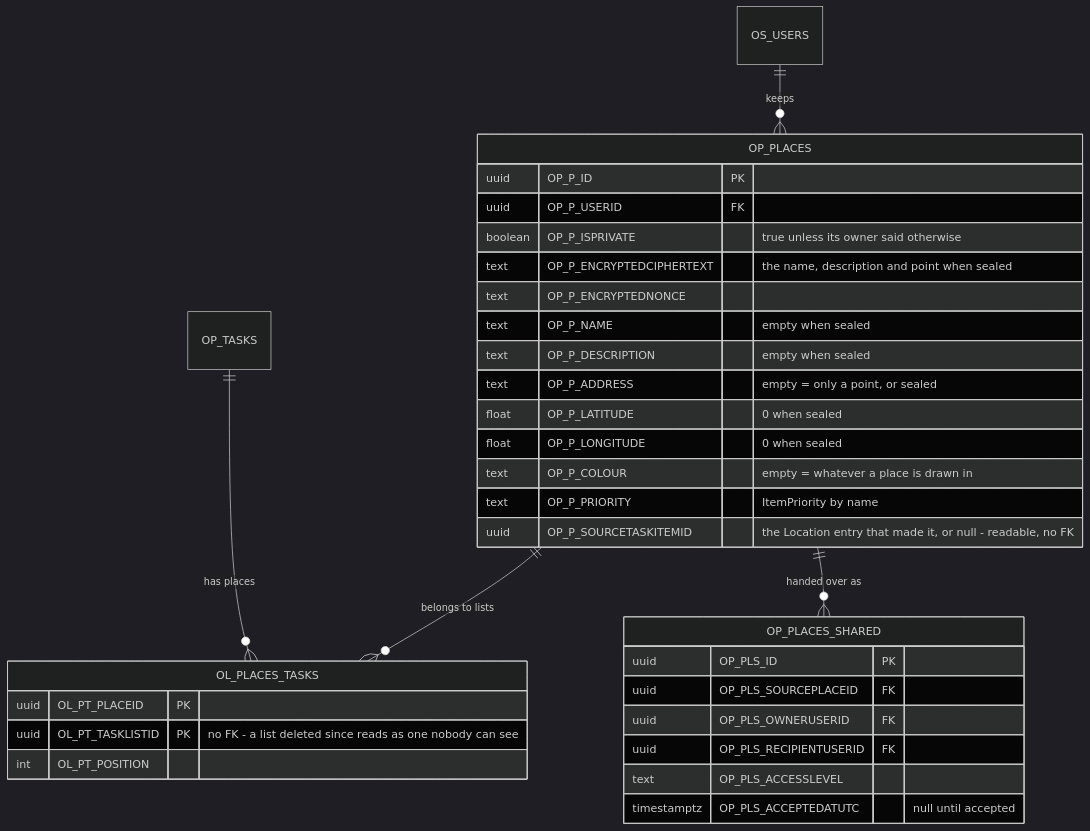
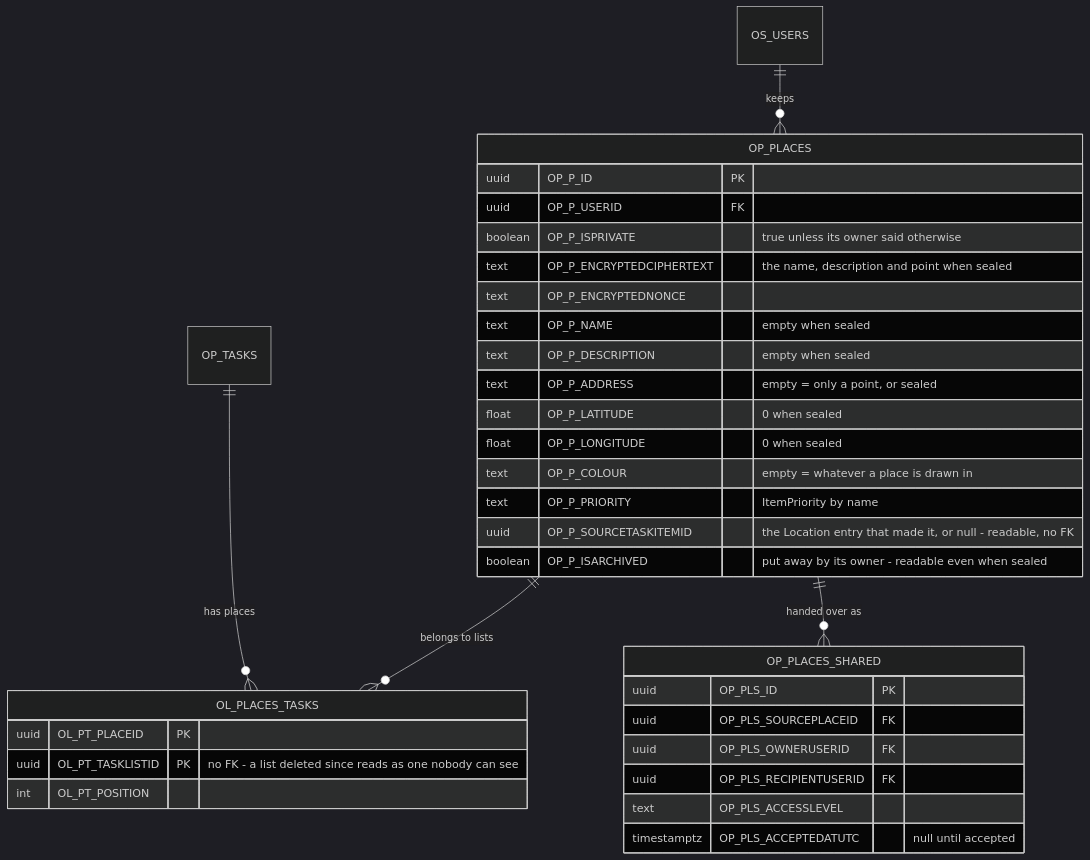
The fourth of 6 diagrams in info/uml/database.md (NorArax-NeflinOwl/orbit), drawn with Mermaid (dark theme) before and after one commit. The commit also changed other lines of this file and 15 other files, not shown here.

First line of the commit message:
A place can be put away rather than thrown away

````diff
--- a/info/uml/database.md
+++ b/info/uml/database.md
@@ -305,36 +307,37 @@
 ```mermaid
 erDiagram
     OS_USERS ||--o{ OP_PLACES : keeps
     OP_PLACES ||--o{ OL_PLACES_TASKS : "belongs to lists"
     OP_TASKS ||--o{ OL_PLACES_TASKS : "has places"
     OP_PLACES ||--o{ OP_PLACES_SHARED : "handed over as"
 
     OP_PLACES {
         uuid OP_P_ID PK
         uuid OP_P_USERID FK
         boolean OP_P_ISPRIVATE "true unless its owner said otherwise"
         text OP_P_ENCRYPTEDCIPHERTEXT "the name, description and point when sealed"
         text OP_P_ENCRYPTEDNONCE
         text OP_P_NAME "empty when sealed"
         text OP_P_DESCRIPTION "empty when sealed"
         text OP_P_ADDRESS "empty = only a point, or sealed"
         float OP_P_LATITUDE "0 when sealed"
         float OP_P_LONGITUDE "0 when sealed"
         text OP_P_COLOUR "empty = whatever a place is drawn in"
         text OP_P_PRIORITY "ItemPriority by name"
         uuid OP_P_SOURCETASKITEMID "the Location entry that made it, or null - readable, no FK"
+        boolean OP_P_ISARCHIVED "put away by its owner - readable even when sealed"
     }
     OL_PLACES_TASKS {
         uuid OL_PT_PLACEID PK
         uuid OL_PT_TASKLISTID PK "no FK - a list deleted since reads as one nobody can see"
         int OL_PT_POSITION
     }
     OP_PLACES_SHARED {
         uuid OP_PLS_ID PK
         uuid OP_PLS_SOURCEPLACEID FK
         uuid OP_PLS_OWNERUSERID FK
         uuid OP_PLS_RECIPIENTUSERID FK
         text OP_PLS_ACCESSLEVEL
         timestamptz OP_PLS_ACCEPTEDATUTC "null until accepted"
     }
 ```
````
